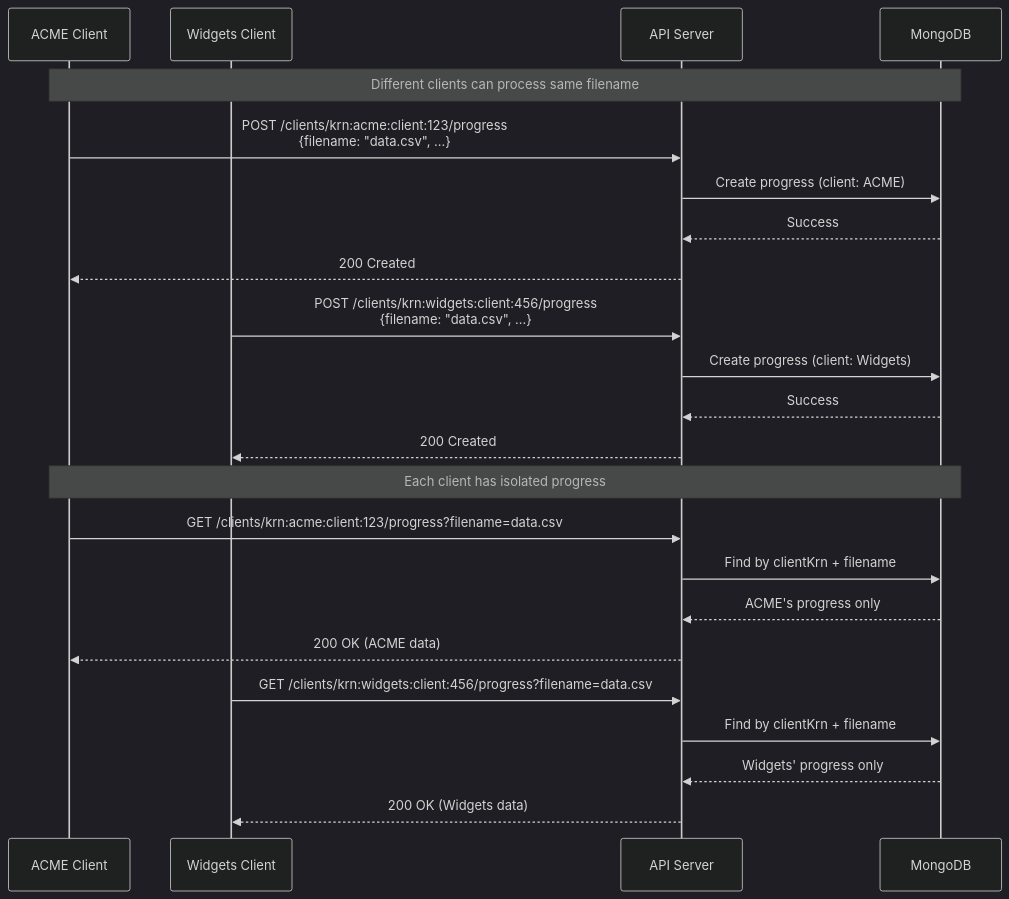
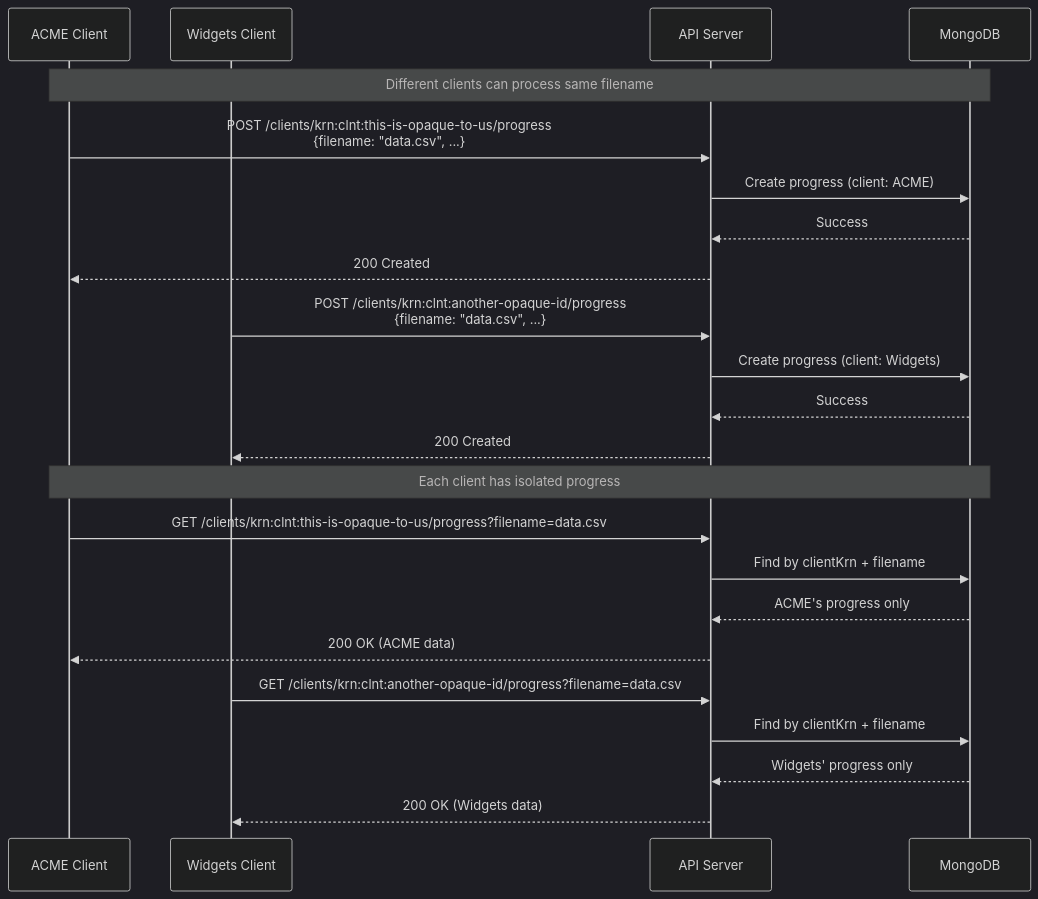
The fifth of 10 diagrams in use-cases.md (pirkus/pebbles), drawn with Mermaid (dark theme) before and after one commit. The commit also changed other lines of this file and 4 other files, not shown here.

Commit message:
Refactor client KRN to be opaque and generic across documentation

````diff
--- a/use-cases.md
+++ b/use-cases.md
@@ -419,31 +419,31 @@
 ```mermaid
 sequenceDiagram
     participant AC as ACME Client
     participant WC as Widgets Client
     participant A as API Server
     participant D as MongoDB
     
     Note over AC,D: Different clients can process same filename
     
-    AC->>A: POST /clients/krn:acme:client:123/progress<br/>{filename: "data.csv", ...}
+    AC->>A: POST /clients/krn:clnt:this-is-opaque-to-us/progress<br/>{filename: "data.csv", ...}
     A->>D: Create progress (client: ACME)
     D-->>A: Success
     A-->>AC: 200 Created
     
-    WC->>A: POST /clients/krn:widgets:client:456/progress<br/>{filename: "data.csv", ...}
+    WC->>A: POST /clients/krn:clnt:another-opaque-id/progress<br/>{filename: "data.csv", ...}
     A->>D: Create progress (client: Widgets)
     D-->>A: Success
     A-->>WC: 200 Created
     
     Note over AC,D: Each client has isolated progress
     
-    AC->>A: GET /clients/krn:acme:client:123/progress?filename=data.csv
+    AC->>A: GET /clients/krn:clnt:this-is-opaque-to-us/progress?filename=data.csv
     A->>D: Find by clientKrn + filename
     D-->>A: ACME's progress only
     A-->>AC: 200 OK (ACME data)
     
-    WC->>A: GET /clients/krn:widgets:client:456/progress?filename=data.csv
+    WC->>A: GET /clients/krn:clnt:another-opaque-id/progress?filename=data.csv
     A->>D: Find by clientKrn + filename
     D-->>A: Widgets' progress only
     A-->>WC: 200 OK (Widgets data)
 ```
````
